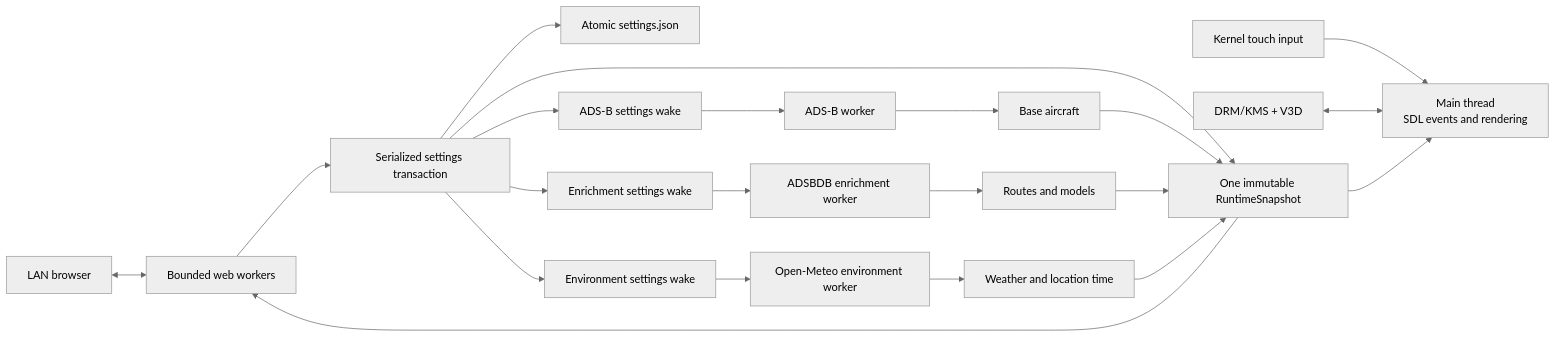
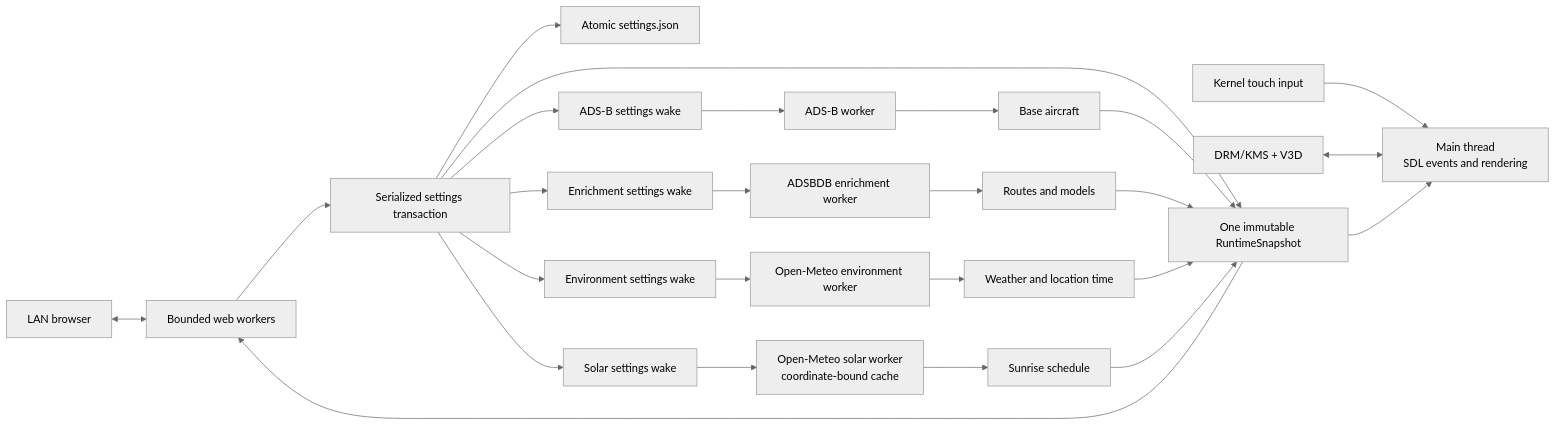
One commit to shayne/RPi-Plane-Radar changed the second of 2 diagrams in docs/architecture.md. Above: the diagram before and after it, drawn with Mermaid (neutral theme). The commit also changed other lines of this file and 3 other files, not shown here.

````diff
--- a/docs/architecture.md
+++ b/docs/architecture.md
@@ -74,23 +74,27 @@
 ```mermaid
 flowchart LR
     touch["Kernel touch input"] --> main["Main thread<br/>SDL events and rendering"]
     kms["DRM/KMS + V3D"] <--> main
     browser["LAN browser"] <--> web["Bounded web workers"]
     web --> settings["Serialized settings transaction"]
     settings --> file["Atomic settings.json"]
     settings --> model["One immutable RuntimeSnapshot"]
     settings --> adsb_wake["ADS-B settings wake"]
     settings --> enrichment_wake["Enrichment settings wake"]
     settings --> environment_wake["Environment settings wake"]
+    settings --> solar_wake["Solar settings wake"]
     adsb_wake --> adsb["ADS-B worker"]
     enrichment_wake --> enrichment["ADSBDB enrichment worker"]
     environment_wake --> environment["Open-Meteo environment worker"]
+    solar_wake --> solar["Open-Meteo solar worker<br/>coordinate-bound cache"]
     adsb --> base["Base aircraft"]
     enrichment --> optional_aircraft["Routes and models"]
     environment --> optional_environment["Weather and location time"]
+    solar --> optional_solar["Sunrise schedule"]
     base --> model
     optional_aircraft --> model
     optional_environment --> model
+    optional_solar --> model
     model --> main
     model --> web
 ```
````
